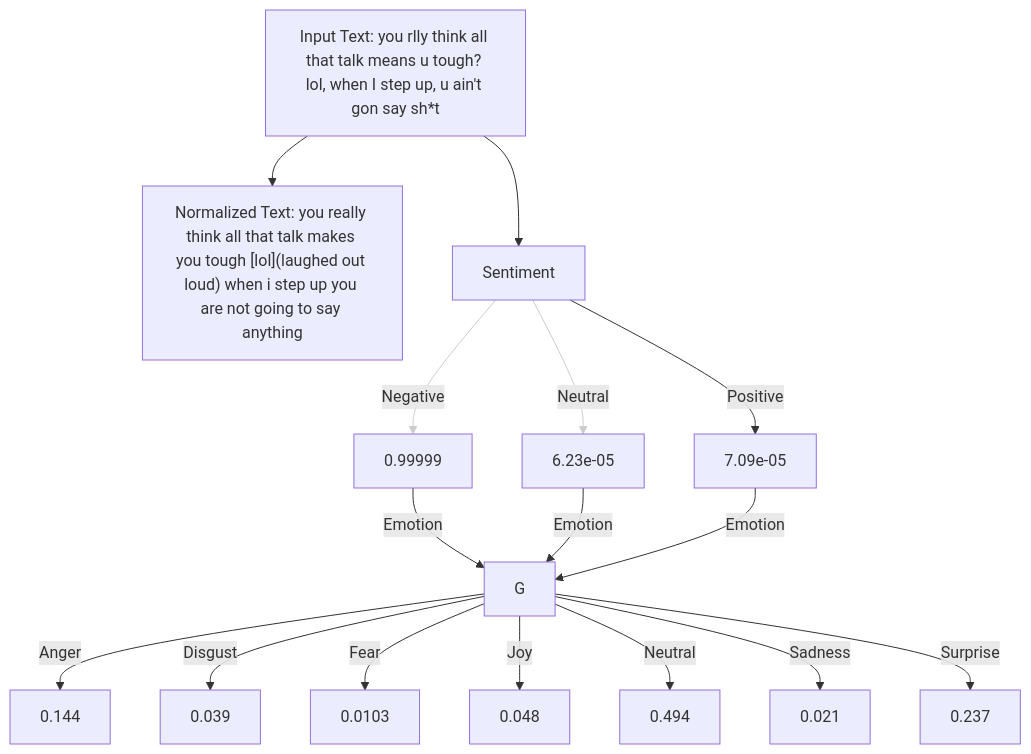
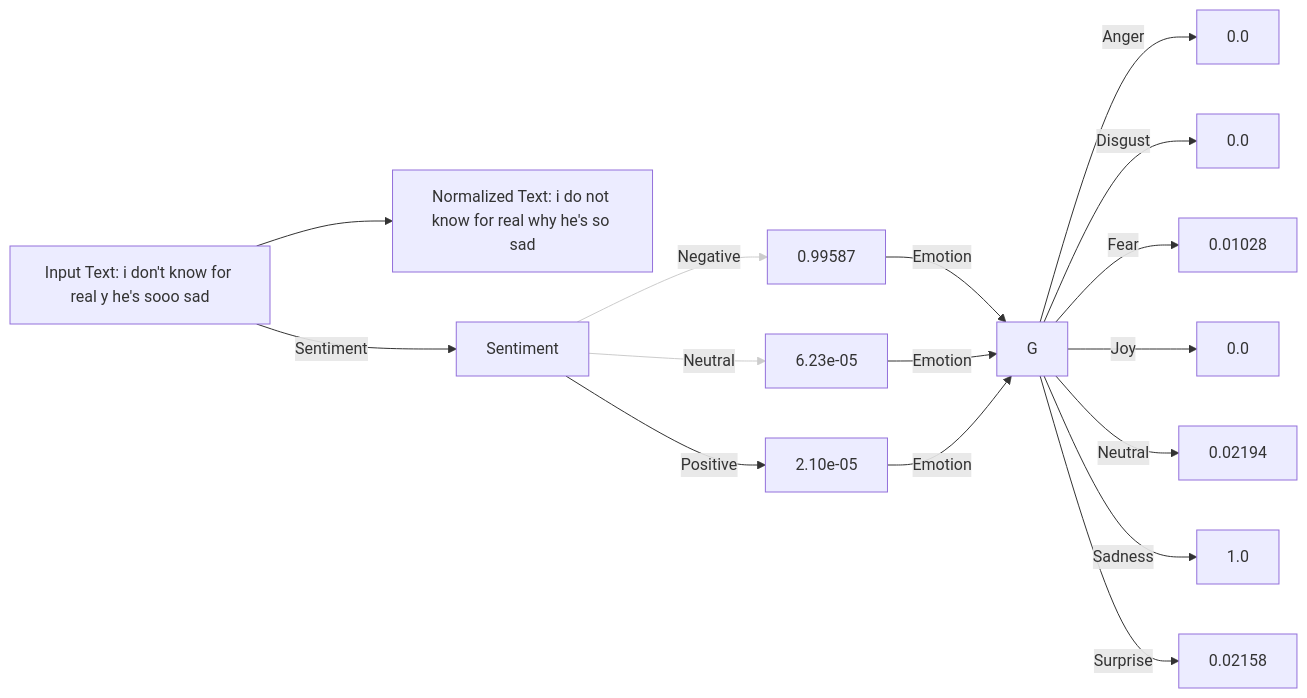
Before and after one commit to ArchismanKarmakar/Tachygraphy-Microtext-Analysis-And-Normalization: the first of 3 diagrams in README.md, drawn with Mermaid. The commit also changed other lines of this file, not shown here.

````diff
--- a/README.md
+++ b/README.md
@@ -71,38 +71,34 @@
 ```mermaid
-graph TD;
-    %% Input and normalized text
-    A["Input Text: you rlly think all that talk means u tough? lol, when I step up, u ain't gon say sh*t"]
-    B["Normalized Text: you really think all that talk makes you tough [lol](laughed out loud) when i step up you are not going to say anything"]
+graph LR;
+    %% Input and normalized text nodes
+    A["Input Text: i don't know for real y he's sooo sad"]
+    B["Normalized Text: i do not know for real why he's so sad"]
+    C["Sentiment"]
 
-    %% Sentiment stage
-    C["Sentiment"]
-    
     A --> B
-    A --> C
+    A -->|Sentiment| C
 
-    %% Sentiment value nodes with values inside the box;
-    %% The arrow labels carry the category names.
-    C -->|Negative| D["0.99999"]
+    %% Sentiment value nodes (values inside the boxes)
+    C -->|Negative| D["0.99587"]
     C -->|Neutral| E["6.23e-05"]
-    C -->|Positive| F["7.09e-05"]
+    C -->|Positive| F["2.10e-05"]
 
-    %% All sentiment nodes feed into the Emotion stage.
+    %% Converge sentiment nodes to Emotion stage
     D -->|Emotion| G
     E -->|Emotion| G
     F -->|Emotion| G
 
-    %% Emotion stage: arrows label the emotion category, nodes contain the numeric value.
-    G -->|Anger| H["0.144"]
-    G -->|Disgust| I["0.039"]
-    G -->|Fear| J["0.0103"]
-    G -->|Joy| K["0.048"]
-    G -->|Neutral| L["0.494"]
-    G -->|Sadness| M["0.021"]
-    G -->|Surprise| N["0.237"]
+    %% Emotion nodes: arrow labels show emotion category; node boxes show numeric values.
+    G -->|Anger| H["0.0"]
+    G -->|Disgust| I["0.0"]
+    G -->|Fear| J["0.01028"]
+    G -->|Joy| K["0.0"]
+    G -->|Neutral| L["0.02194"]
+    G -->|Sadness| M["1.0"]
+    G -->|Surprise| N["0.02158"]
 
-%% Style the edges for lower-probability sentiment arrows with a lighter stroke
-%% (Assuming the second and third edges from C are "Neutral" and "Positive")
+%% Style the Neutral and Positive sentiment arrows with a lighter stroke.
 linkStyle 2 stroke:#cccccc, stroke-width:1px;
 linkStyle 3 stroke:#cccccc, stroke-width:1px;
 
 ```
````
